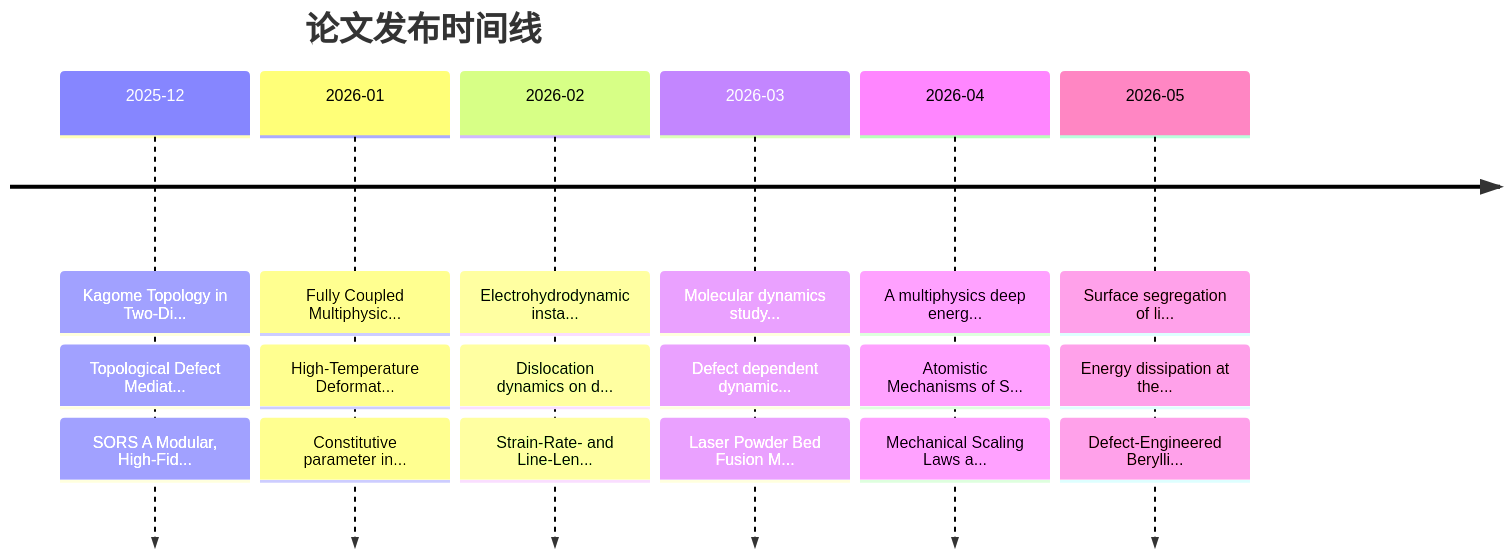
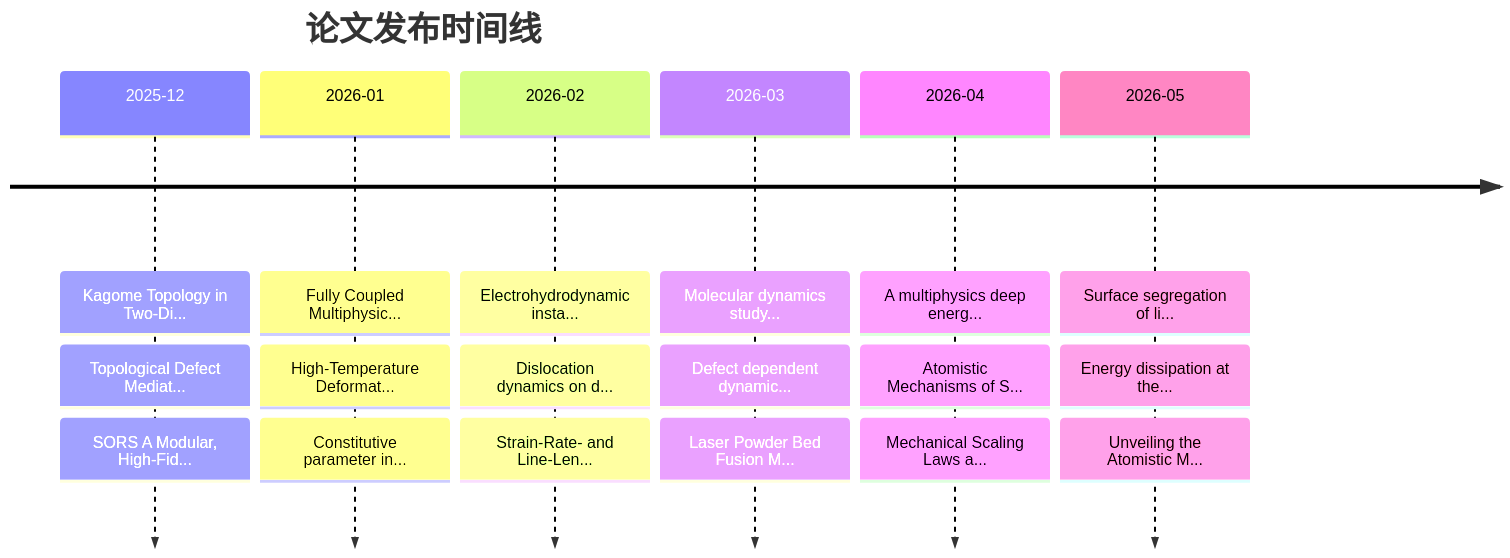
One commit to Shirakawa11111/BJK_readpaper changed the second of 2 diagrams in README.md. Above: the diagram before and after it, drawn with Mermaid. The commit also changed other lines of this file and 11 other files, not shown here.

````diff
--- a/README.md
+++ b/README.md
@@ -206,10 +206,10 @@
 ```mermaid
 timeline
     title 论文发布时间线
     2025-12 : Kagome Topology in Two-Di... : Topological Defect Mediat... : SORS A Modular, High-Fid...
     2026-01 : Fully Coupled Multiphysic... : High-Temperature Deformat... : Constitutive parameter in...
     2026-02 : Electrohydrodynamic insta... : Dislocation dynamics on d... : Strain-Rate- and Line-Len...
     2026-03 : Molecular dynamics study... : Defect dependent dynamic... : Laser Powder Bed Fusion M...
     2026-04 : A multiphysics deep energ... : Atomistic Mechanisms of S... : Mechanical Scaling Laws a...
-    2026-05 : Surface segregation of li... : Energy dissipation at the... : Defect-Engineered Berylli...
+    2026-05 : Surface segregation of li... : Energy dissipation at the... : Unveiling the Atomistic M...
 ```
````
